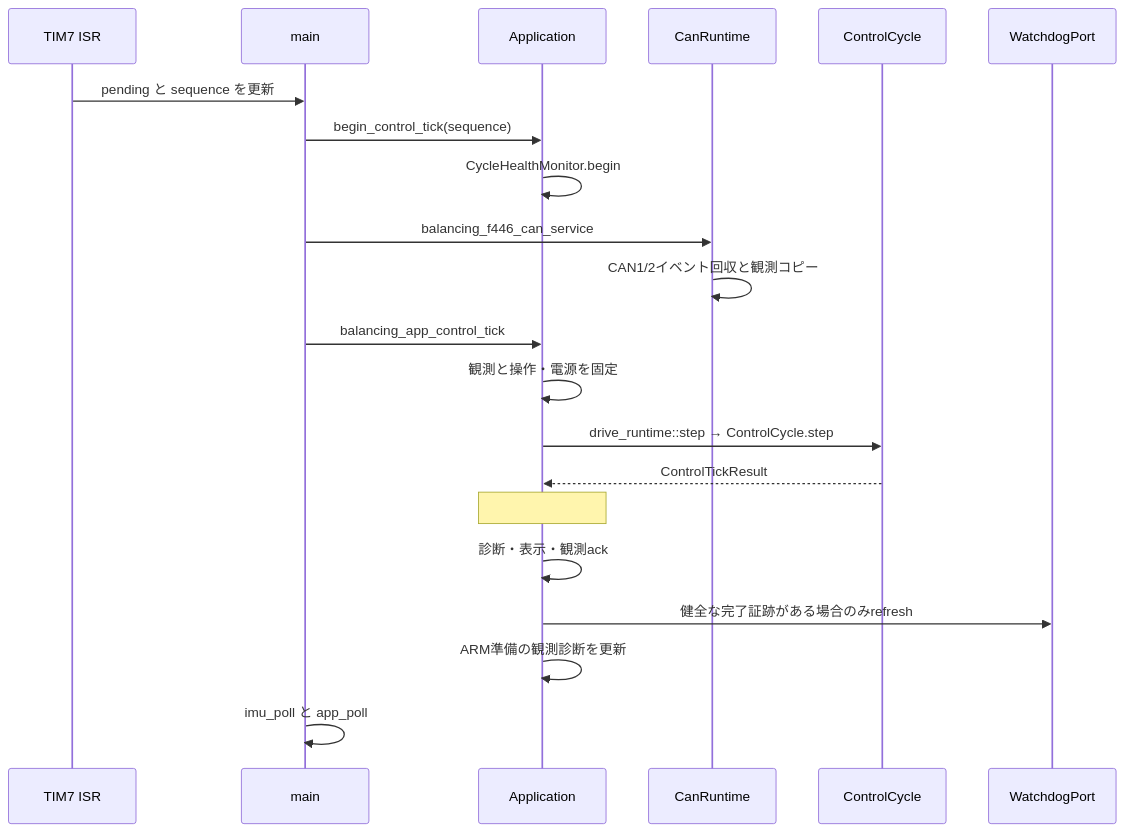
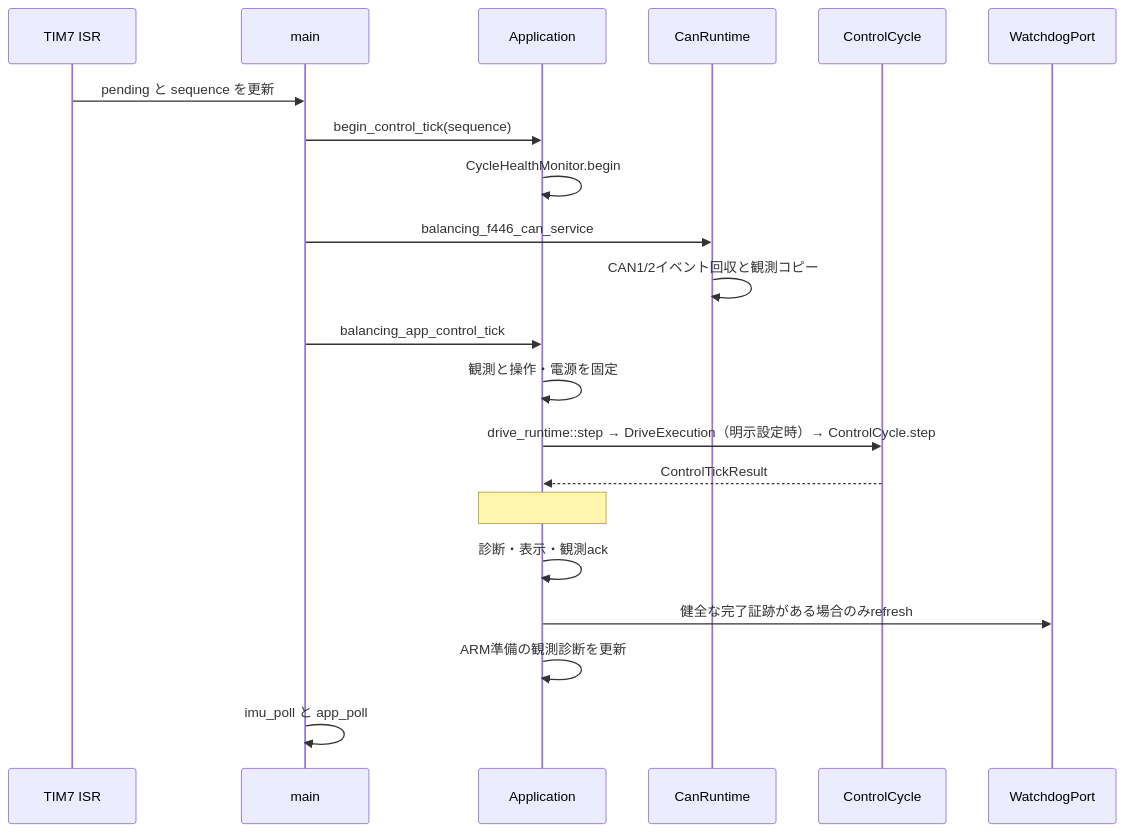
One commit to kou-pen/balancing changed the second of 10 diagrams in docs/diagrams.md. Above: the diagram before and after it, drawn with Mermaid. The commit also changed other lines of this file and 20 other files, not shown here.

```diff
--- a/docs/diagrams.md
+++ b/docs/diagrams.md
@@ -27,23 +27,23 @@
 <pre class="mermaid">
 sequenceDiagram
     participant T as TIM7 ISR
     participant M as main
     participant A as Application
     participant C as CanRuntime
     participant P as ControlCycle
     participant W as WatchdogPort
     T->>M: pending と sequence を更新
     M->>A: begin_control_tick(sequence)
     A->>A: CycleHealthMonitor.begin
     M->>C: balancing_f446_can_service
     C->>C: CAN1/2イベント回収と観測コピー
     M->>A: balancing_app_control_tick
     A->>A: 観測と操作・電源を固定
-    A->>P: drive_runtime::step → ControlCycle.step
+    A->>P: drive_runtime::step → DriveExecution（明示設定時）→ ControlCycle.step
     P-->>A: ControlTickResult
     Note over A: #88の明示設定時は停止予約・送信処理も行う
     A->>A: 診断・表示・観測ack
     A->>W: 健全な完了証跡がある場合のみrefresh
     A->>A: ARM準備の観測診断を更新
     M->>M: imu_poll と app_poll
 </pre>
```
